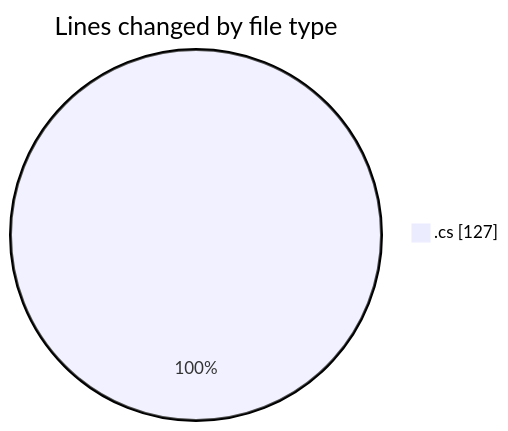
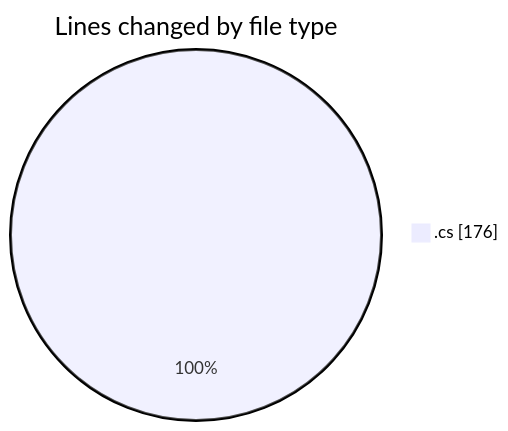
One commit to Netris89/code-tracking changed the first of 2 diagrams in 2025-04-01/back-end/README.md. Above: the diagram before and after it, drawn with Mermaid. The commit also changed other lines of this file and 1 other file, not shown here.

````diff
--- a/2025-04-01/back-end/README.md
+++ b/2025-04-01/back-end/README.md
@@ -20,5 +20,5 @@
 ```mermaid
 pie showData
 title Lines changed by file type
-".cs" : 127
+".cs" : 176
 ```
````
